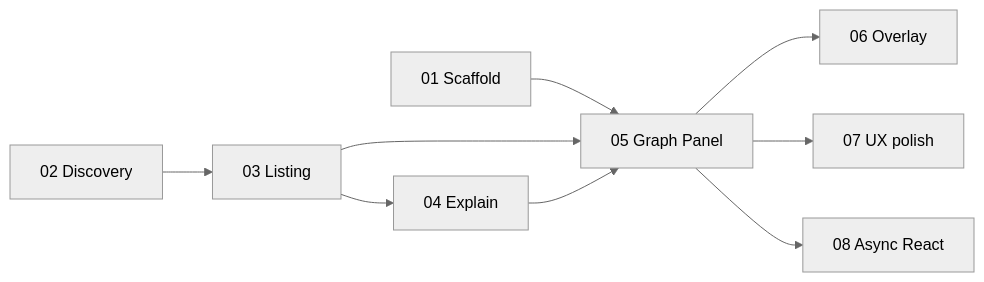
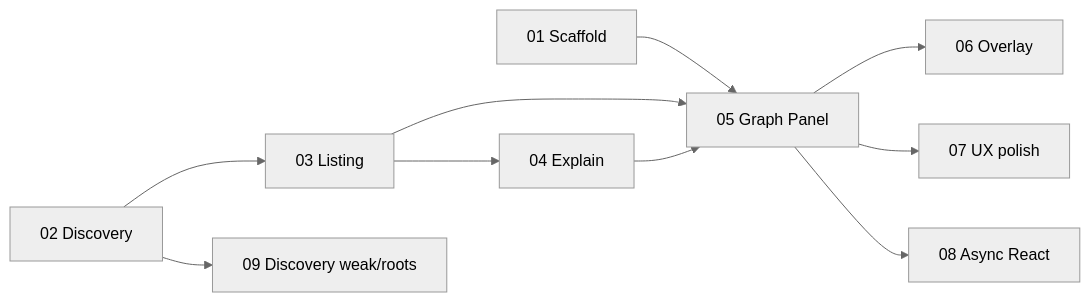
The diagram in .scratch/di-debugger-v1/README.md (wzhudev/redi), drawn with Mermaid (neutral theme) before and after one commit. The commit also changed other lines of this file and 2 other files, not shown here.

First line of the commit message:
docs: record discovery registry and DI Debugger perf findings

````diff
--- a/.scratch/di-debugger-v1/README.md
+++ b/.scratch/di-debugger-v1/README.md
@@ -18,18 +19,20 @@
 ```mermaid
 flowchart LR
   T01[01 Scaffold]
   T02[02 Discovery]
   T03[03 Listing]
   T04[04 Explain]
   T05[05 Graph Panel]
   T06[06 Overlay]
   T07[07 UX polish]
   T08[08 Async React]
+  T09[09 Discovery weak/roots]
   T02 --> T03 --> T04
+  T02 --> T09
   T01 --> T05
   T03 --> T05
   T04 --> T05
   T05 --> T06
   T05 --> T07
   T05 --> T08
 ```
````
